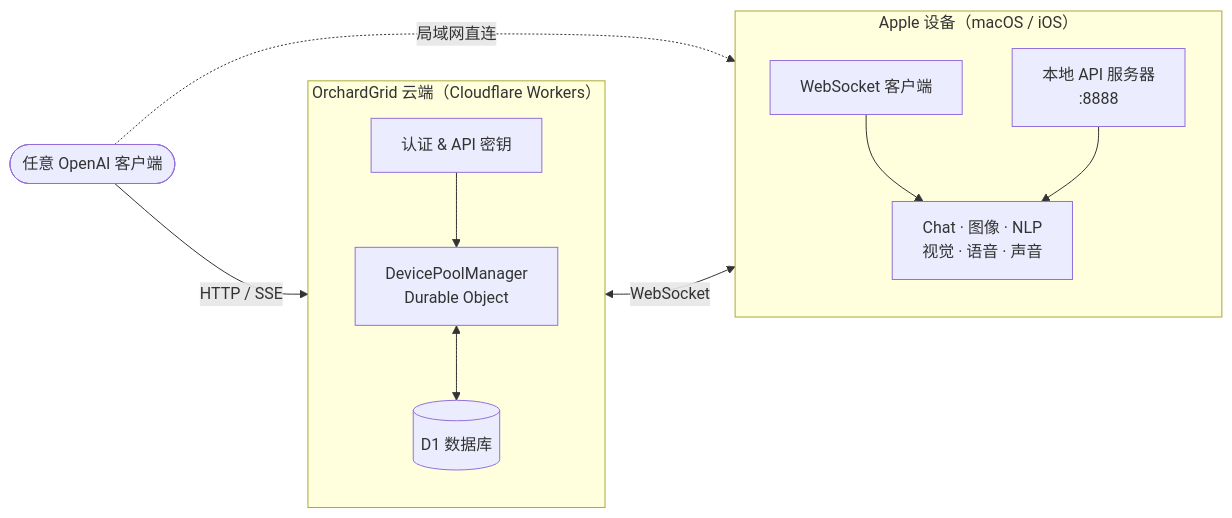
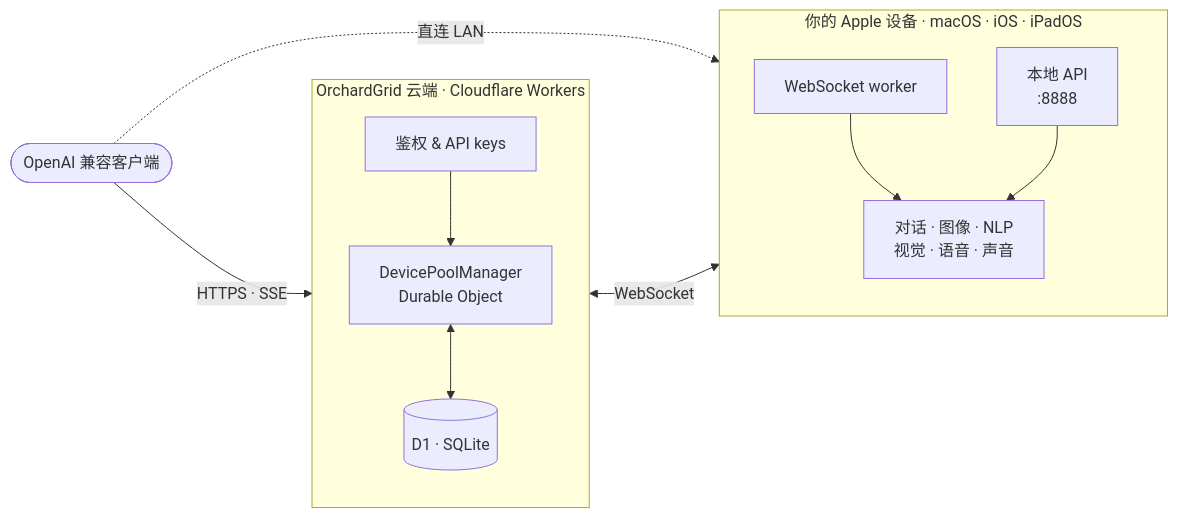
Before and after one commit to BingoWon/orchardgrid-app: the diagram in README.zh-CN.md, drawn with Mermaid. The commit also changed other lines of this file and 1 other file, not shown here.

````diff
--- a/README.zh-CN.md
+++ b/README.zh-CN.md
@@ -52,26 +285,26 @@
 ```mermaid
 flowchart LR
-    Client([任意 OpenAI 客户端])
+    Client([OpenAI 兼容客户端])
 
-    subgraph Cloud ["OrchardGrid 云端（Cloudflare Workers）"]
+    subgraph Cloud["OrchardGrid 云端 · Cloudflare Workers"]
         direction TB
-        Auth[认证 & API 密钥]
-        Pool[DevicePoolManager\nDurable Object]
-        DB[(D1 数据库)]
+        Auth[鉴权 &amp; API keys]
+        Pool["DevicePoolManager<br/>Durable Object"]
+        DB[(D1 · SQLite)]
         Auth --> Pool
         Pool <--> DB
     end
 
-    subgraph Device ["Apple 设备（macOS / iOS）"]
+    subgraph Device["你的 Apple 设备 · macOS · iOS · iPadOS"]
         direction TB
-        WS[WebSocket 客户端]
-        API["本地 API 服务器\n:8888"]
-        Cap["Chat · 图像 · NLP\n视觉 · 语音 · 声音"]
+        WS[WebSocket worker]
+        API[本地 API<br/>:8888]
+        Cap["对话 · 图像 · NLP<br/>视觉 · 语音 · 声音"]
         WS --> Cap
         API --> Cap
     end
 
-    Client -->|"HTTP / SSE"| Auth
-    Pool <-->|"WebSocket"| WS
-    Client -.->|"局域网直连"| API
+    Client -->|HTTPS · SSE| Auth
+    Pool <-->|WebSocket| WS
+    Client -.->|直连 LAN| API
 ```
````
